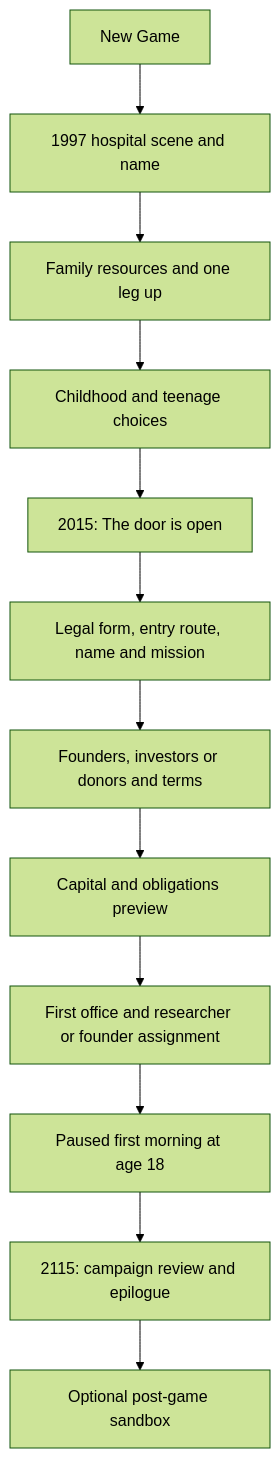
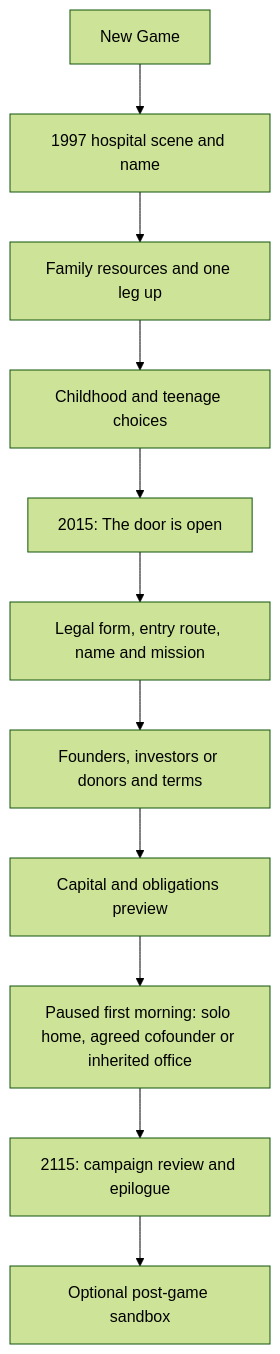
Before and after one commit to gnaservicesinc/Project-Glowing-Pancake: the diagram in docs/CAMPAIGN_FLOW.md, drawn with Mermaid (forest theme). The commit also changed other lines of this file and 39 other files, not shown here.

````diff
--- a/docs/CAMPAIGN_FLOW.md
+++ b/docs/CAMPAIGN_FLOW.md
@@ -50,14 +54,13 @@
 ```mermaid
 flowchart TD
     Start[New Game] --> Intro[1997 hospital scene and name]
     Intro --> Family[Family resources and one leg up]
     Family --> Youth[Childhood and teenage choices]
     Youth --> Entry[2015: The door is open]
     Entry --> Charter[Legal form, entry route, name and mission]
     Charter --> Funding[Founders, investors or donors and terms]
     Funding --> Budget[Capital and obligations preview]
-    Budget --> Office[First office and researcher or founder assignment]
-    Office --> Play[Paused first morning at age 18]
+    Budget --> Play[Paused first morning: solo home, agreed cofounder or inherited office]
     Play --> End[2115: campaign review and epilogue]
     End --> Continue[Optional post-game sandbox]
 ```
````
